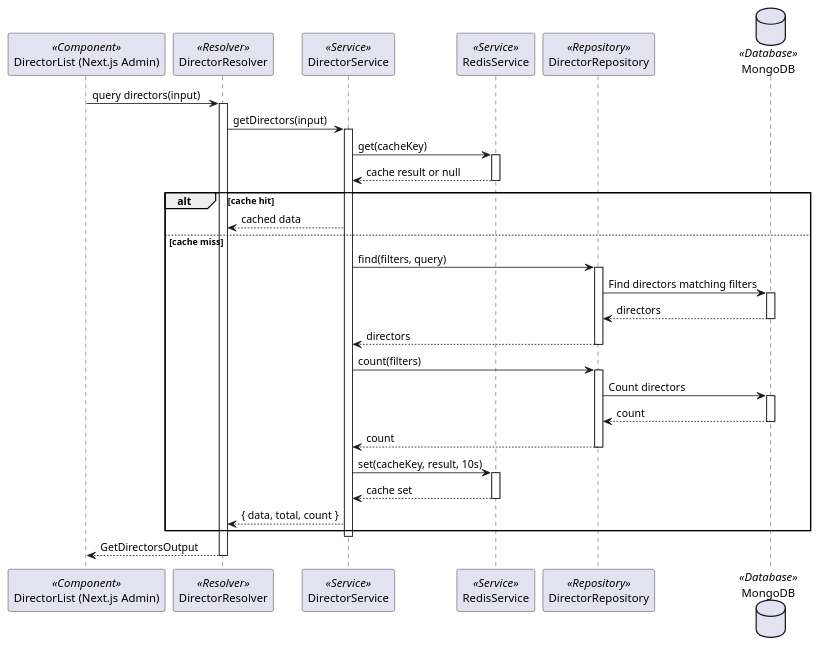
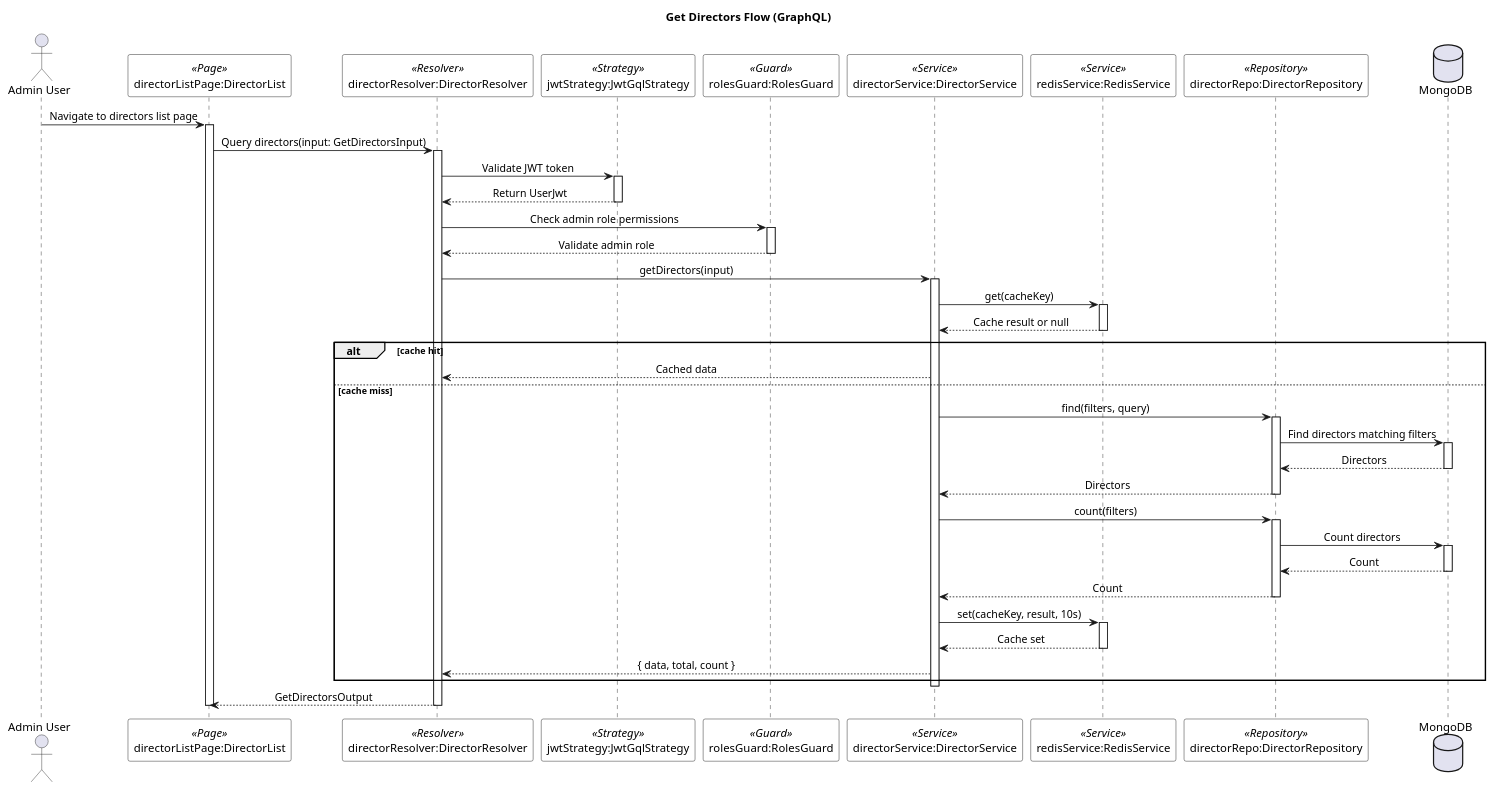
Before and after one commit to lehuygiang28/vphim: the diagram in documents/diagram/sequences/directors/get-directors.puml, drawn with PlantUML. The commit also changed 5 other files, not shown here.

First line of the commit message:
refactor(diagrams/sequences/directors): 🛠️ update director management flow diagrams

```diff
--- a/documents/diagram/sequences/directors/get-directors.puml
+++ b/documents/diagram/sequences/directors/get-directors.puml
@@ -1,48 +1,78 @@
 @startuml Get Directors Flow
 
-' Stereotypes: <<Component>>, <<Resolver>>, <<Service>>, <<Service>>, <<Repository>>, <<Database>>
-participant "DirectorList (Next.js Admin)" as DirectorList <<Component>>
-participant "DirectorResolver" as Resolver <<Resolver>>
-participant "DirectorService" as Service <<Service>>
-participant "RedisService" as Redis <<Service>>
-participant "DirectorRepository" as Repository <<Repository>>
-database "MongoDB" as DB <<Database>>
+skinparam SequenceMessageAlignment center
+skinparam SequenceBoxBackgroundColor white
+skinparam SequenceBoxBorderColor black
+skinparam NoteBackgroundColor lightyellow
+skinparam NoteBorderColor black
+skinparam ParticipantBackgroundColor white
+skinparam ParticipantBorderColor black
 
-DirectorList -> Resolver: query directors(input)
-activate Resolver
-Resolver -> Service: getDirectors(input)
-activate Service
-Service -> Redis: get(cacheKey)
-activate Redis
-Redis --> Service: cache result or null
-deactivate Redis
+title Get Directors Flow (GraphQL)
+
+actor "Admin User" as adminUser
+participant "directorListPage:DirectorList" as directorListPage <<Page>>
+participant "directorResolver:DirectorResolver" as directorResolver <<Resolver>>
+participant "jwtStrategy:JwtGqlStrategy" as jwtStrategy <<Strategy>>
+participant "rolesGuard:RolesGuard" as rolesGuard <<Guard>>
+participant "directorService:DirectorService" as directorService <<Service>>
+participant "redisService:RedisService" as redisService <<Service>>
+participant "directorRepo:DirectorRepository" as directorRepo <<Repository>>
+database "MongoDB" as mongoDB
+
+adminUser -> directorListPage : Navigate to directors list page
+activate directorListPage
+
+directorListPage -> directorResolver : Query directors(input: GetDirectorsInput)
+activate directorResolver
+
+directorResolver -> jwtStrategy : Validate JWT token
+activate jwtStrategy
+jwtStrategy --> directorResolver : Return UserJwt
+deactivate jwtStrategy
+
+directorResolver -> rolesGuard : Check admin role permissions
+activate rolesGuard
+rolesGuard --> directorResolver : Validate admin role
+deactivate rolesGuard
+
+directorResolver -> directorService : getDirectors(input)
+activate directorService
+
+directorService -> redisService : get(cacheKey)
+activate redisService
+redisService --> directorService : Cache result or null
+deactivate redisService
+
 alt cache hit
-    Service --> Resolver: cached data
+    directorService --> directorResolver : Cached data
 else cache miss
-    Service -> Repository: find(filters, query)
-    activate Repository
-    Repository -> DB: Find directors matching filters
-    activate DB
-    DB --> Repository: directors
-    deactivate DB
-    Repository --> Service: directors
-    deactivate Repository
-    Service -> Repository: count(filters)
-    activate Repository
-    Repository -> DB: Count directors
-    activate DB
-    DB --> Repository: count
-    deactivate DB
-    Repository --> Service: count
-    deactivate Repository
-    Service -> Redis: set(cacheKey, result, 10s)
-    activate Redis
-    Redis --> Service: cache set
-    deactivate Redis
-    Service --> Resolver: { data, total, count }
+    directorService -> directorRepo : find(filters, query)
+    activate directorRepo
+    directorRepo -> mongoDB : Find directors matching filters
+    activate mongoDB
+    mongoDB --> directorRepo : Directors
+    deactivate mongoDB
+    directorRepo --> directorService : Directors
+    deactivate directorRepo
+    directorService -> directorRepo : count(filters)
+    activate directorRepo
+    directorRepo -> mongoDB : Count directors
+    activate mongoDB
+    mongoDB --> directorRepo : Count
+    deactivate mongoDB
+    directorRepo --> directorService : Count
+    deactivate directorRepo
+    directorService -> redisService : set(cacheKey, result, 10s)
+    activate redisService
+    redisService --> directorService : Cache set
+    deactivate redisService
+    directorService --> directorResolver : { data, total, count }
 end
-deactivate Service
-Resolver --> DirectorList: GetDirectorsOutput
-deactivate Resolver
+
+deactivate directorService
+directorResolver --> directorListPage : GetDirectorsOutput
+deactivate directorResolver
+deactivate directorListPage
 
 @enduml
```
